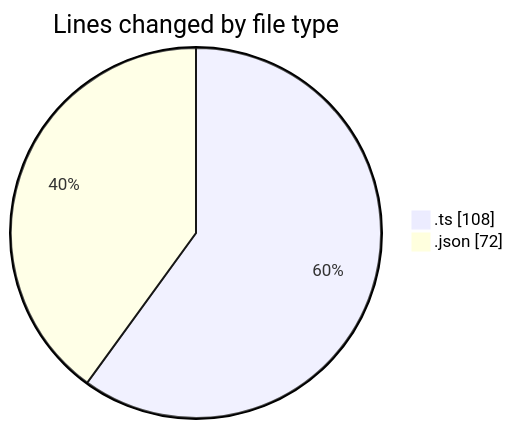
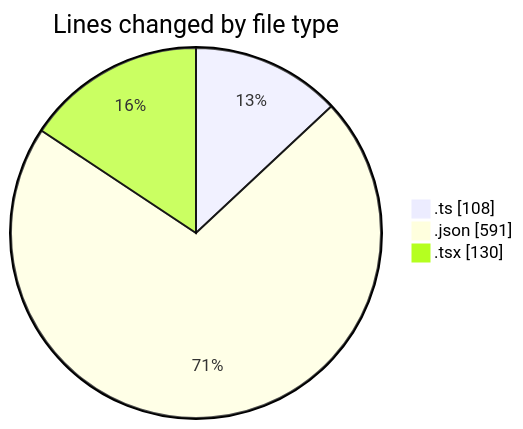
The first of 2 diagrams in 2025-07-12/ribbon/README.md (EIIisD/code-tracking), drawn with Mermaid before and after one commit. The commit also changed other lines of this file and 1 other file, not shown here.

````diff
--- a/2025-07-12/ribbon/README.md
+++ b/2025-07-12/ribbon/README.md
@@ -21,6 +25,7 @@
 ```mermaid
 pie showData
 title Lines changed by file type
 ".ts" : 108
-".json" : 72
+".json" : 591
+".tsx" : 130
 ```
````
